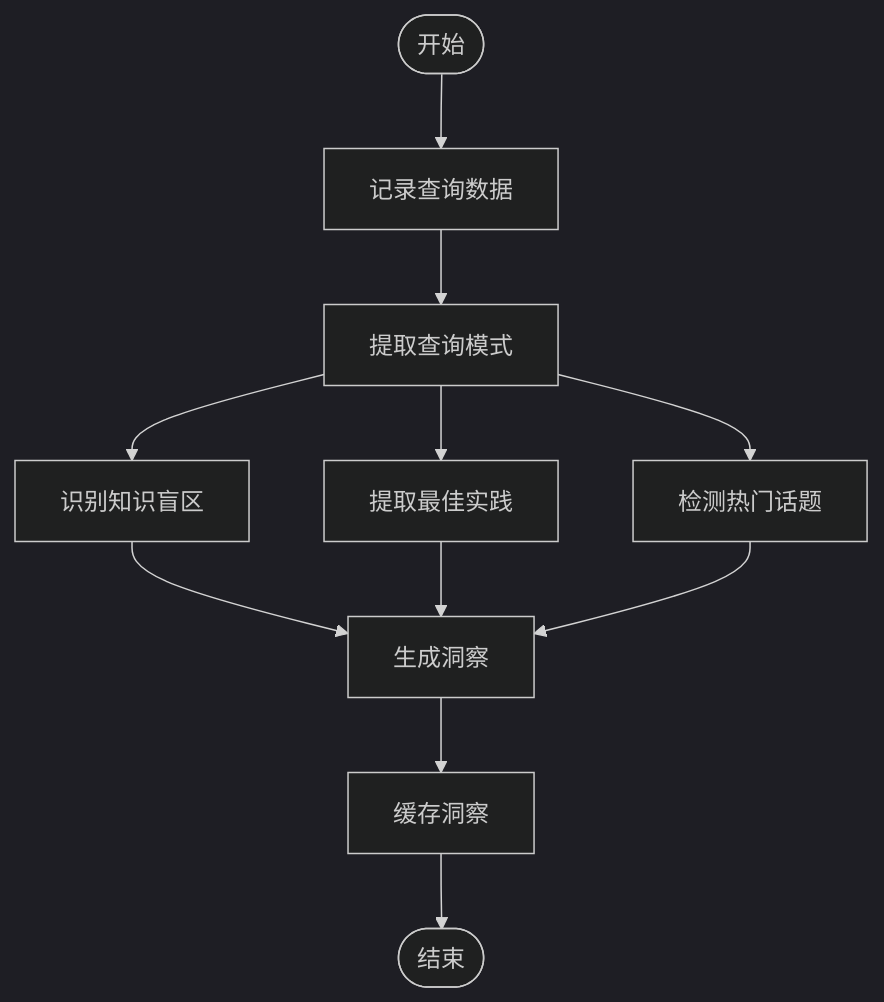
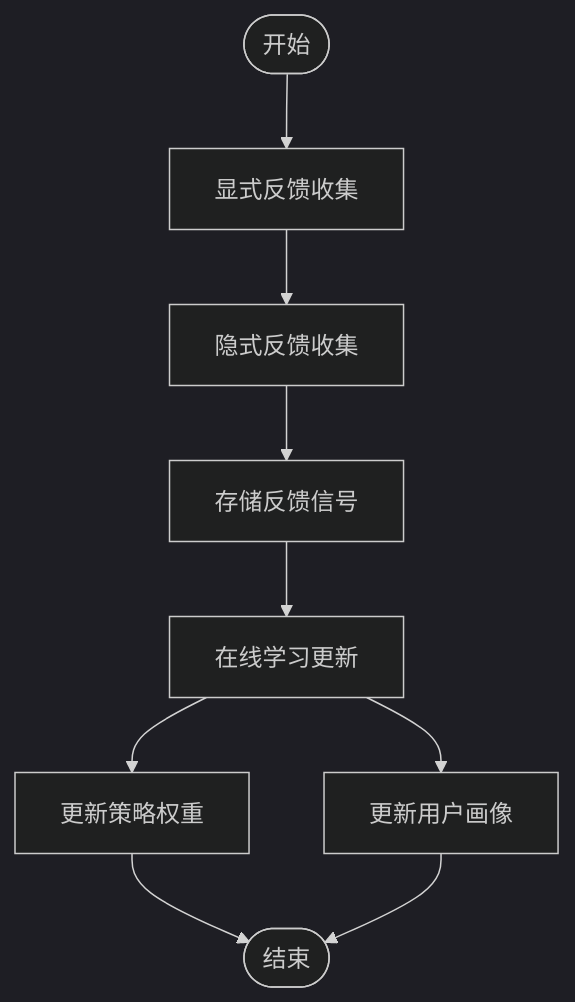
Before and after one commit to JieGaoPrinceton/NecoRAG: the ninth of 11 diagrams in .qoder/repowiki/zh/content/自适应学习系统/自适应学习系统.md, drawn with Mermaid (dark theme). The commit also changed other lines of this file and 82 other files, not shown here.

````diff
--- a/.qoder/repowiki/zh/content/自适应学习系统/自适应学习系统.md
+++ b/.qoder/repowiki/zh/content/自适应学习系统/自适应学习系统.md
@@ -259,13 +304,11 @@
 ```mermaid
 flowchart TD
-StartCI(["开始"]) --> Record["记录查询数据"]
-Record --> Extract["提取查询模式"]
-Extract --> Gaps["识别知识盲区"]
-Extract --> Practices["提取最佳实践"]
-Extract --> Trending["检测热门话题"]
-Gaps --> Insights["生成洞察"]
-Practices --> Insights
-Trending --> Insights
-Insights --> Cache["缓存洞察"]
-Cache --> EndCI(["结束"])
+Start(["开始"]) --> Explicit["显式反馈收集"]
+Explicit --> Implicit["隐式反馈收集"]
+Implicit --> Store["存储反馈信号"]
+Store --> Update["在线学习更新"]
+Update --> Weight["更新策略权重"]
+Update --> Profile["更新用户画像"]
+Weight --> End(["结束"])
+Profile --> End
 ```
````
